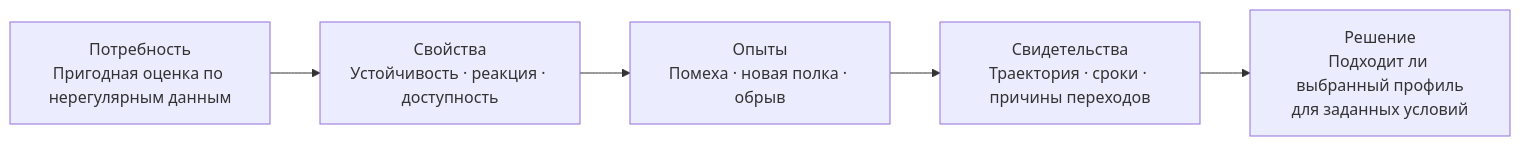
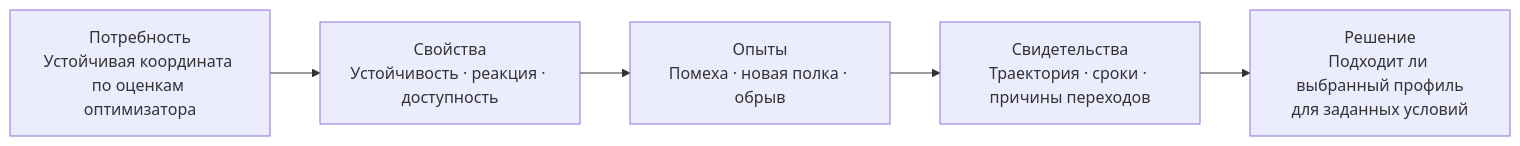
The diagram in proposals/filter2win_testing_methodology.md (izio007/libtr), drawn with Mermaid before and after one commit. The commit also changed other lines of this file and 1 other file, not shown here.

````diff
--- a/proposals/filter2win_testing_methodology.md
+++ b/proposals/filter2win_testing_methodology.md
@@ -13,7 +25,7 @@
 ```mermaid
 flowchart LR
-    A["Потребность<br/>Пригодная оценка по нерегулярным данным"] --> B["Свойства<br/>Устойчивость · реакция · доступность"]
+    A["Потребность<br/>Устойчивая координата по оценкам оптимизатора"] --> B["Свойства<br/>Устойчивость · реакция · доступность"]
     B --> C["Опыты<br/>Помеха · новая полка · обрыв"]
     C --> D["Свидетельства<br/>Траектория · сроки · причины переходов"]
     D --> E["Решение<br/>Подходит ли выбранный профиль<br/>для заданных условий"]
 ```
````
